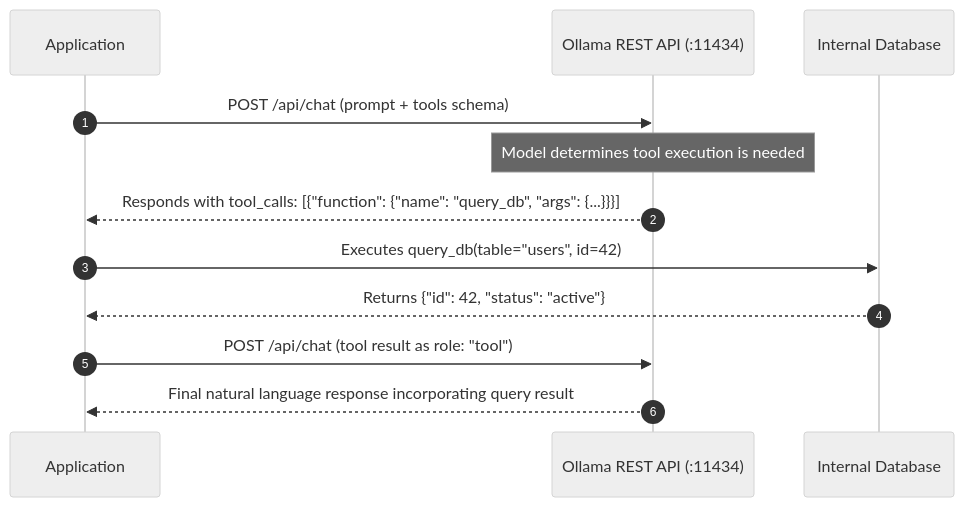
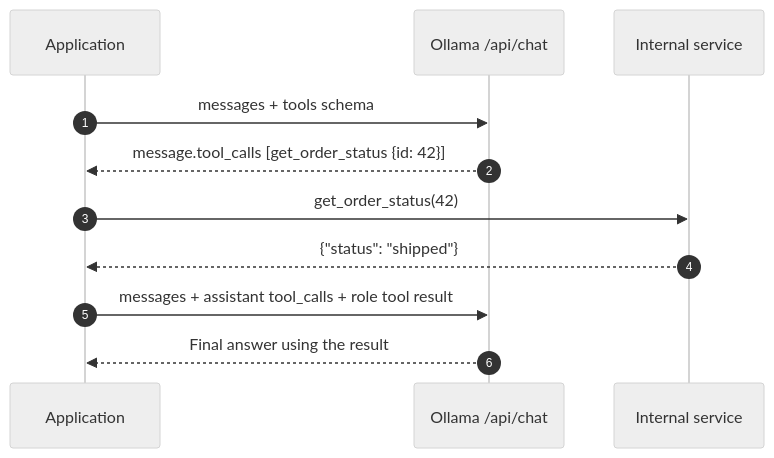
One commit to TheLearningHubOrg/learn-ollama changed diagram 20 of 31 in README.md. Above: the diagram before and after it, drawn with Mermaid (neutral theme). The commit also changed other lines of this file and 37 other files, not shown here.

````diff
--- a/README.md
+++ b/README.md
@@ -615,15 +1935,13 @@
 ```mermaid
 sequenceDiagram
     autonumber
     participant App as Application
-    participant Ollama as Ollama REST API (:11434)
-    participant LocalDB as Internal Database
-
-    App->>Ollama: POST /api/chat (prompt + tools schema)
-    Note over Ollama: Model determines tool execution is needed
-    Ollama-->>App: Responds with tool_calls: [{"function": {"name": "query_db", "args": {...}}}]
-    App->>LocalDB: Executes query_db(table="users", id=42)
-    LocalDB-->>App: Returns {"id": 42, "status": "active"}
-    App->>Ollama: POST /api/chat (tool result as role: "tool")
-    Ollama-->>App: Final natural language response incorporating query result
+    participant O as Ollama /api/chat
+    participant DB as Internal service
+    App->>O: messages + tools schema
+    O-->>App: message.tool_calls [get_order_status {id: 42}]
+    App->>DB: get_order_status(42)
+    DB-->>App: {"status": "shipped"}
+    App->>O: messages + assistant tool_calls + role tool result
+    O-->>App: Final answer using the result
 ```
````
